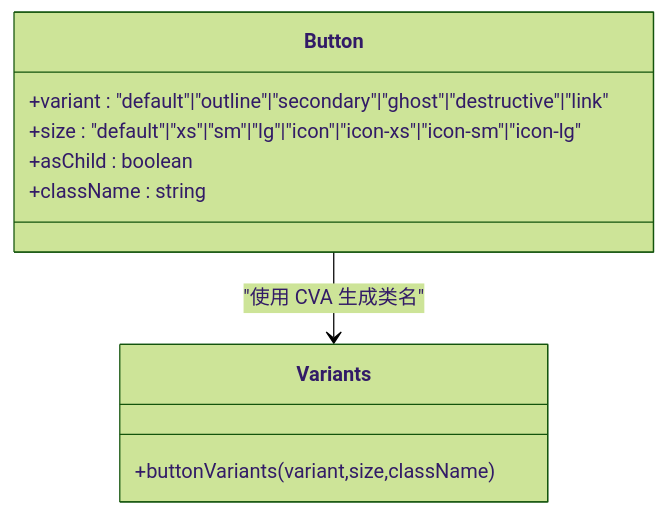
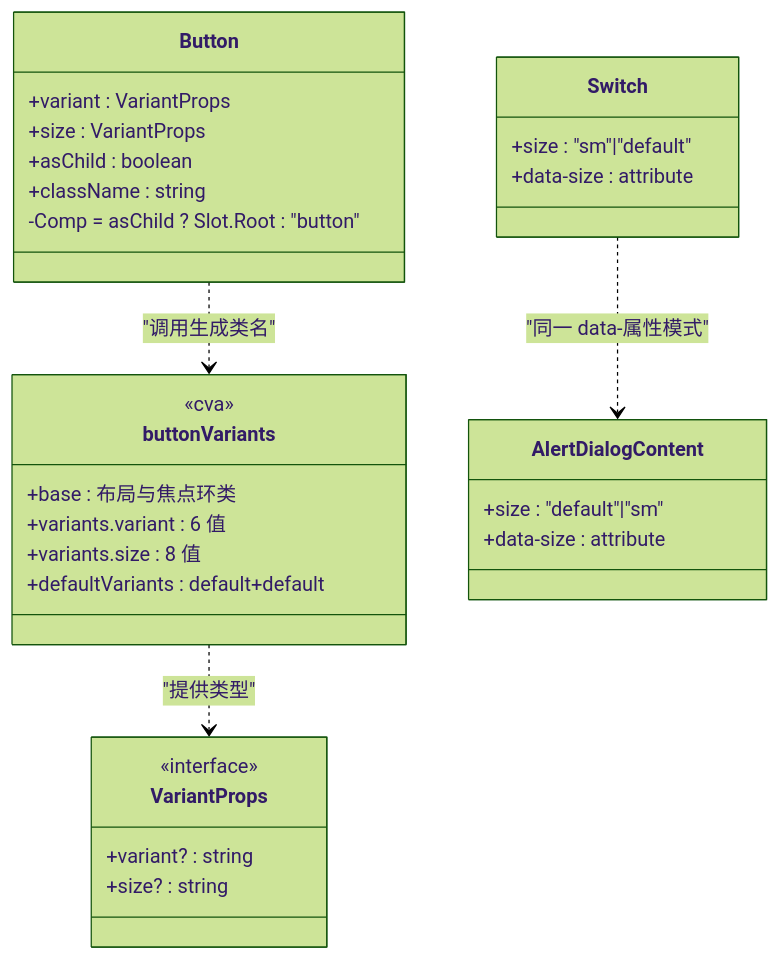
Before and after one commit to x01n/My-OpenWaf: the third of 7 diagrams in docs/前端管理界面/组件设计模式/UI 原子组件模式.md, drawn with Mermaid (forest theme). The commit also changed other lines of this file and 622 other files, not shown here.

````diff
--- a/docs/前端管理界面/组件设计模式/UI 原子组件模式.md
+++ b/docs/前端管理界面/组件设计模式/UI 原子组件模式.md
@@ -217,13 +265,33 @@
 ```mermaid
 classDiagram
-class Button {
-+variant : "default"|"outline"|"secondary"|"ghost"|"destructive"|"link"
-+size : "default"|"xs"|"sm"|"lg"|"icon"|"icon-xs"|"icon-sm"|"icon-lg"
-+asChild : boolean
-+className : string
-}
-class Variants {
-+buttonVariants(variant,size,className)
-}
-Button --> Variants : "使用 CVA 生成类名"
+  class VariantProps {
+    <<interface>>
+    +variant? : string
+    +size? : string
+  }
+  class buttonVariants {
+    <<cva>>
+    +base : 布局与焦点环类
+    +variants.variant : 6 值
+    +variants.size : 8 值
+    +defaultVariants : default+default
+  }
+  class Button {
+    +variant : VariantProps
+    +size : VariantProps
+    +asChild : boolean
+    +className : string
+    -Comp = asChild ? Slot.Root : "button"
+  }
+  class Switch {
+    +size : "sm"|"default"
+    +data-size : attribute
+  }
+  class AlertDialogContent {
+    +size : "default"|"sm"
+    +data-size : attribute
+  }
+  Button ..> buttonVariants : "调用生成类名"
+  buttonVariants ..> VariantProps : "提供类型"
+  Switch ..> AlertDialogContent : "同一 data-属性模式"
 ```
````
